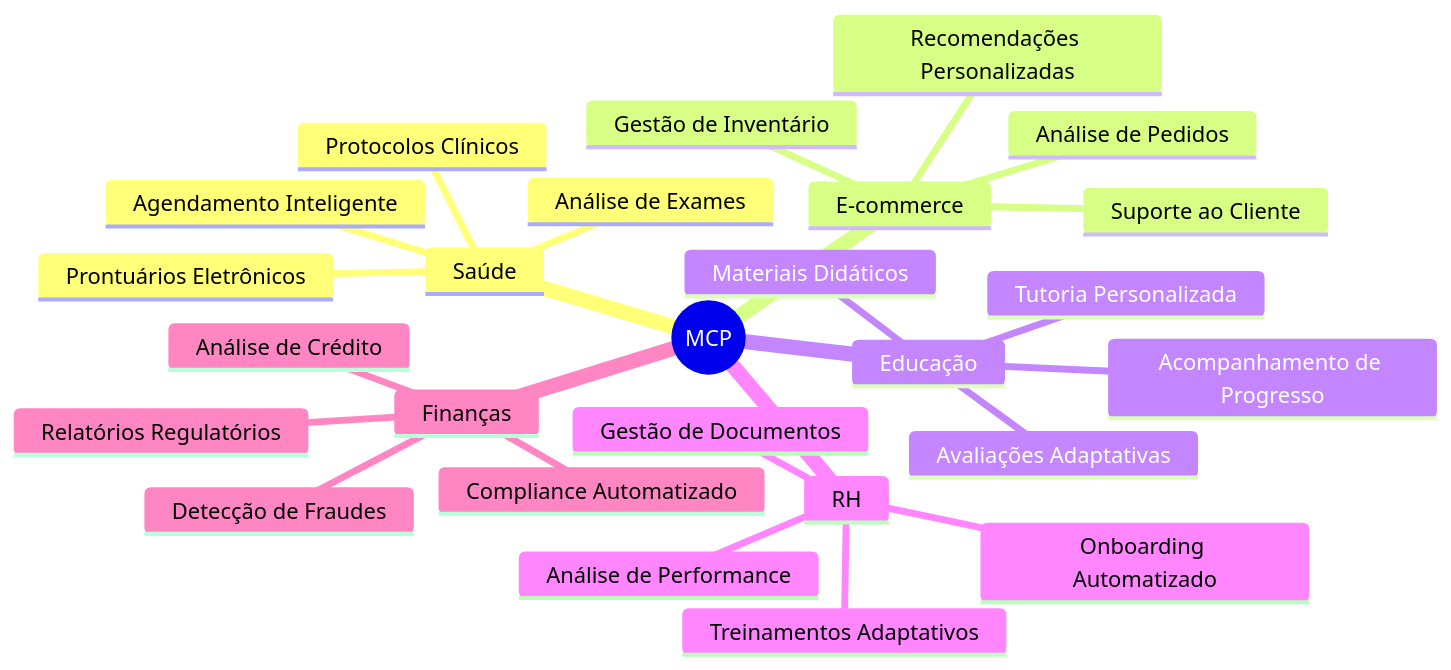
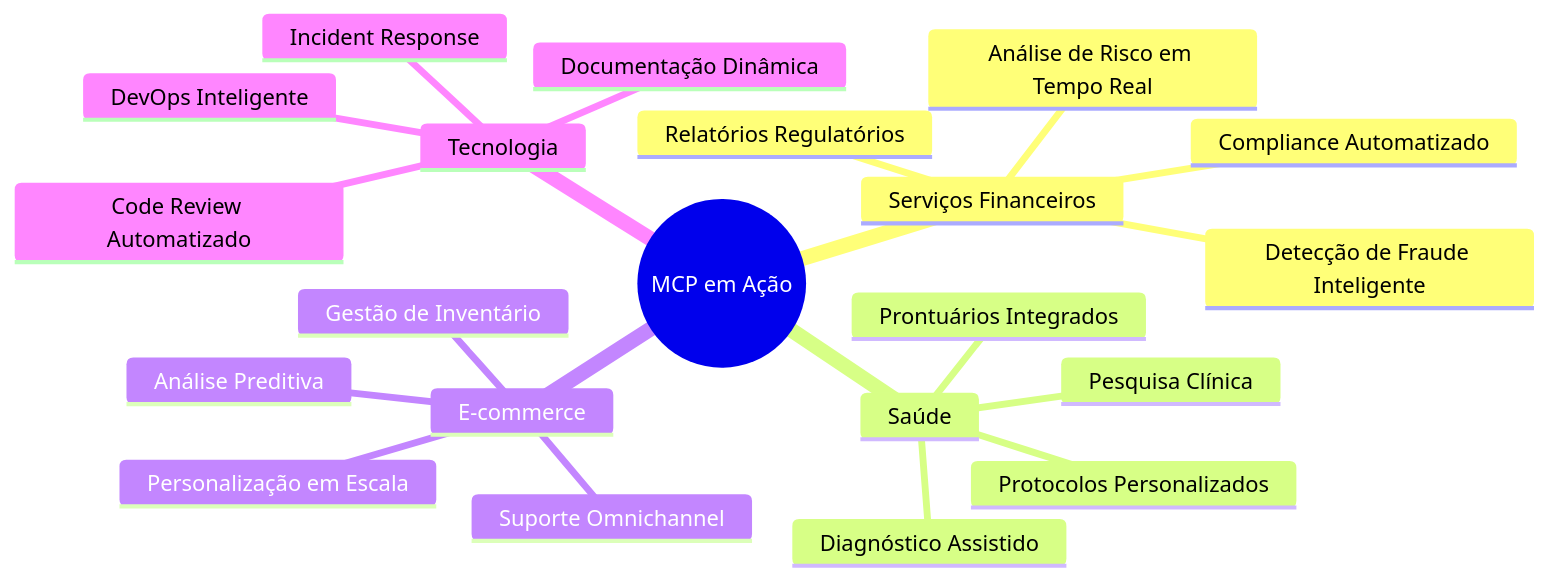
One commit to felipepimentel/my-public-notes changed diagram 13 of 20 in AI/Comunicação/MCP/00-mcp-presentation-zero to hero.md. Above: the diagram before and after it, drawn with Mermaid. The commit also changed other lines of this file, not shown here.

````diff
--- a/AI/Comunicação/MCP/00-mcp-presentation-zero to hero.md
+++ b/AI/Comunicação/MCP/00-mcp-presentation-zero to hero.md
@@ -359,29 +375,24 @@
 ```mermaid
 mindmap
-  root((MCP))
+  root((MCP em Ação))
+    Serviços Financeiros
+      Análise de Risco em Tempo Real
+      Compliance Automatizado
+      Detecção de Fraude Inteligente
+      Relatórios Regulatórios
     Saúde
-      Prontuários Eletrônicos
-      Protocolos Clínicos
-      Análise de Exames
-      Agendamento Inteligente
+      Prontuários Integrados
+      Diagnóstico Assistido
+      Protocolos Personalizados
+      Pesquisa Clínica
     E-commerce
       Gestão de Inventário
-      Análise de Pedidos
-      Suporte ao Cliente
-      Recomendações Personalizadas
-    Educação
-      Materiais Didáticos
-      Avaliações Adaptativas
-      Acompanhamento de Progresso
-      Tutoria Personalizada
-    RH
-      Onboarding Automatizado
-      Gestão de Documentos
-      Análise de Performance
-      Treinamentos Adaptativos
-    Finanças
-      Análise de Crédito
-      Compliance Automatizado
-      Relatórios Regulatórios
-      Detecção de Fraudes
+      Personalização em Escala
+      Suporte Omnichannel
+      Análise Preditiva
+    Tecnologia
+      DevOps Inteligente
+      Code Review Automatizado
+      Documentação Dinâmica
+      Incident Response
 ```
````
